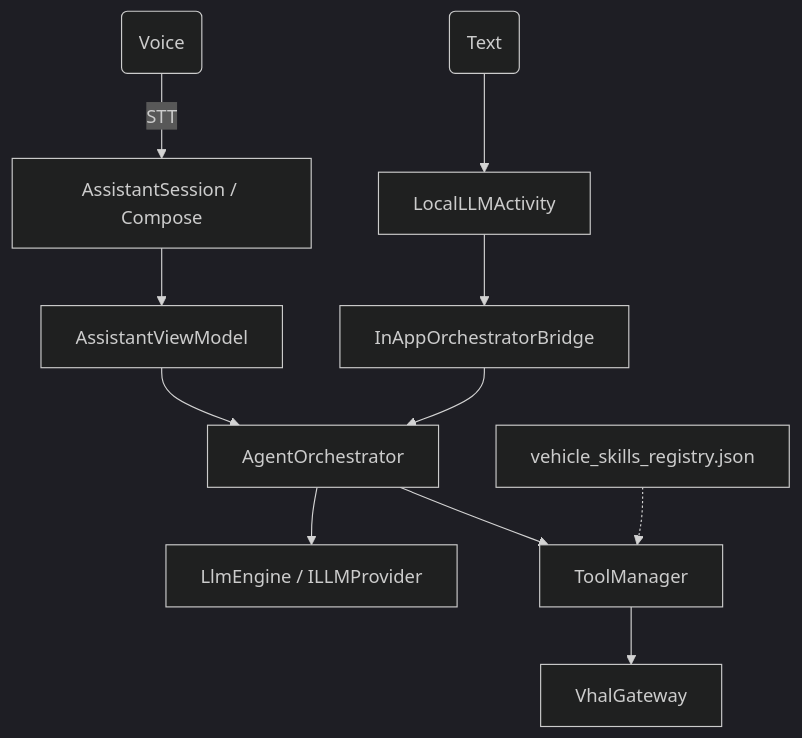
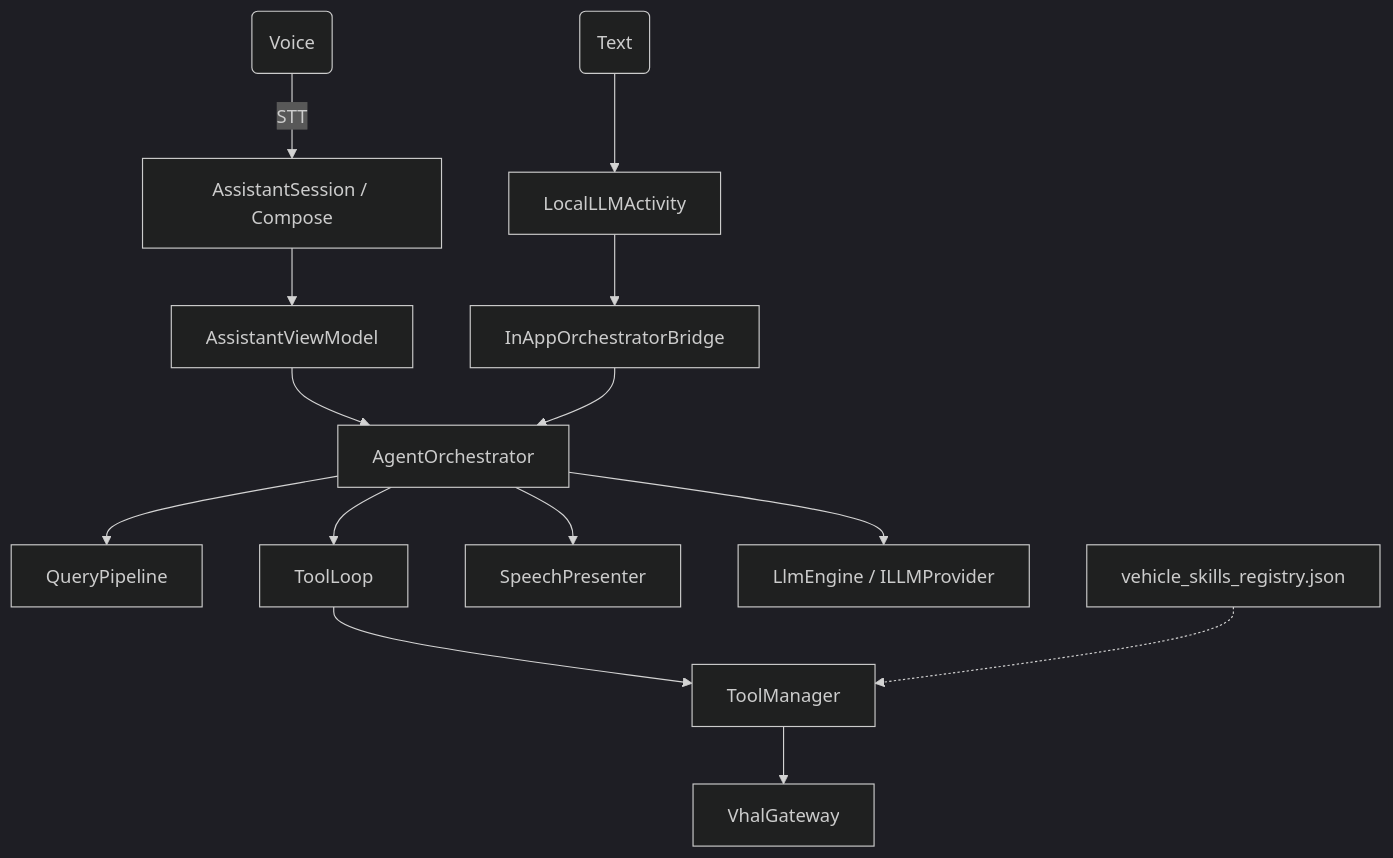
One commit to hemangpandhi/ai-assistant changed the diagram in README.md. Above: the diagram before and after it, drawn with Mermaid (dark theme). The commit also changed other lines of this file and 13 other files, not shown here.

````diff
--- a/README.md
+++ b/README.md
@@ -28,13 +27,16 @@
 ```mermaid
 graph TD
     UserVoice(Voice) --> |STT| Sess[AssistantSession / Compose]
     UserText(Text) --> Act[LocalLLMActivity]
     Sess --> VM[AssistantViewModel]
     Act --> Bridge[InAppOrchestratorBridge]
     VM --> Orch[AgentOrchestrator]
     Bridge --> Orch
+    Orch --> QP[QueryPipeline]
+    Orch --> TL[ToolLoop]
+    Orch --> SP[SpeechPresenter]
     Orch --> Edge[LlmEngine / ILLMProvider]
-    Orch --> TM[ToolManager]
+    TL --> TM[ToolManager]
     TM --> VHAL[VhalGateway]
     JSON[vehicle_skills_registry.json] -.-> TM
 ```
````
